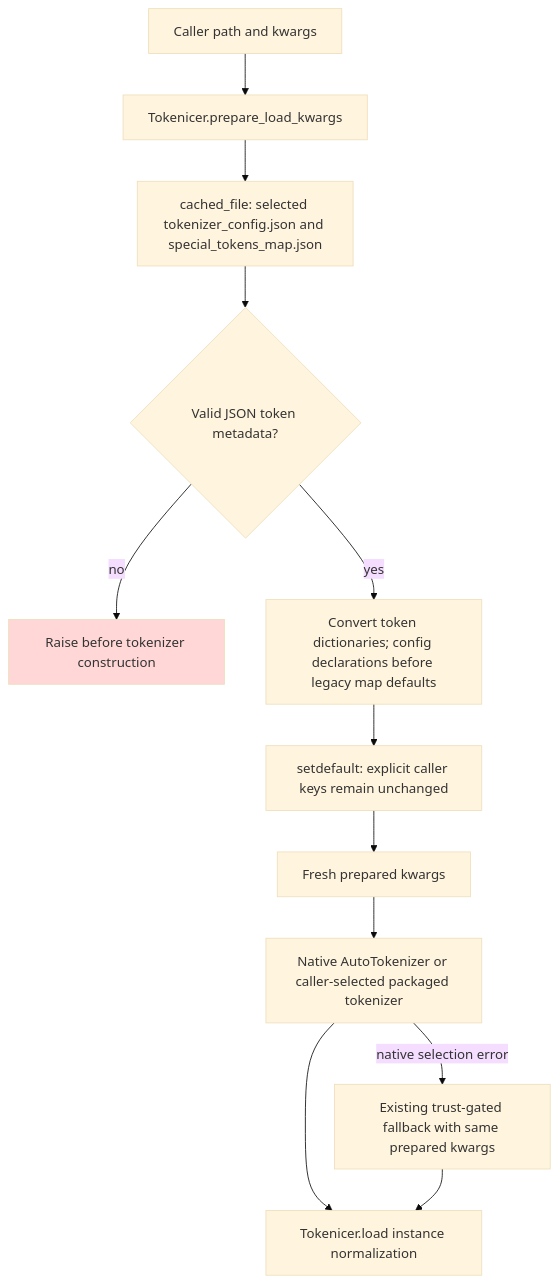
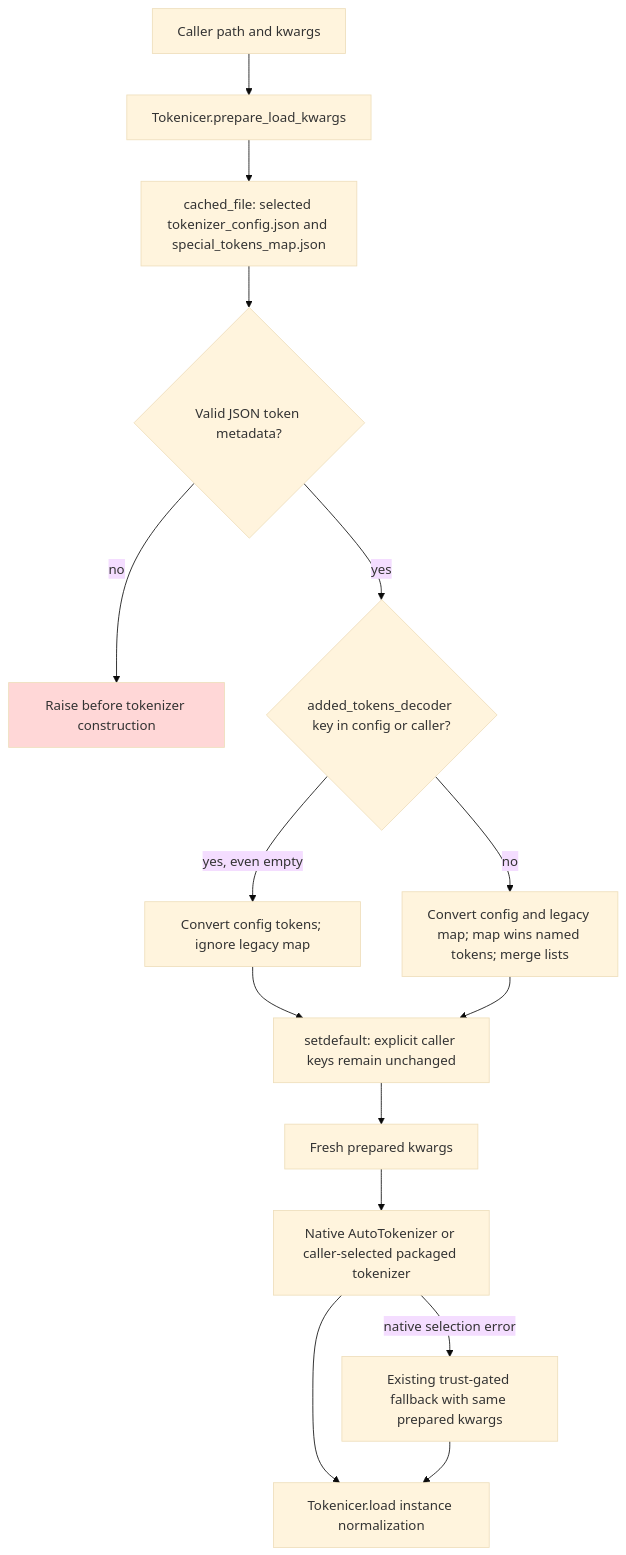
The diagram in docs/tokenizer-preload-metadata.md (ModelCloud/Tokenicer), drawn with Mermaid (base theme) before and after one commit. The commit also changed other lines of this file and 2 other files, not shown here.

Commit message:
Preserve legacy special-token map precedence before tokenizer construction

````diff
--- a/docs/tokenizer-preload-metadata.md
+++ b/docs/tokenizer-preload-metadata.md
@@ -10,15 +10,19 @@
 ```mermaid
 flowchart TD
     A["Caller path and kwargs"] --> B["Tokenicer.prepare_load_kwargs"]
     B --> C["cached_file: selected tokenizer_config.json and special_tokens_map.json"]
     C --> D{"Valid JSON token metadata?"}
     D -->|no| E["Raise before tokenizer construction"]
-    D -->|yes| F["Convert token dictionaries; config declarations before legacy map defaults"]
-    F --> G["setdefault: explicit caller keys remain unchanged"]
+    D -->|yes| F{"added_tokens_decoder key in config or caller?"}
+    F -->|yes, even empty| M["Convert config tokens; ignore legacy map"]
+    F -->|no| L["Convert config and legacy map; map wins named tokens; merge lists"]
+    M --> G
+    L --> G
+    G["setdefault: explicit caller keys remain unchanged"]
     G --> H["Fresh prepared kwargs"]
     H --> I["Native AutoTokenizer or caller-selected packaged tokenizer"]
     I -->|native selection error| J["Existing trust-gated fallback with same prepared kwargs"]
     I --> K["Tokenicer.load instance normalization"]
     J --> K
     style E fill:#ffd7d7
 ```
````
